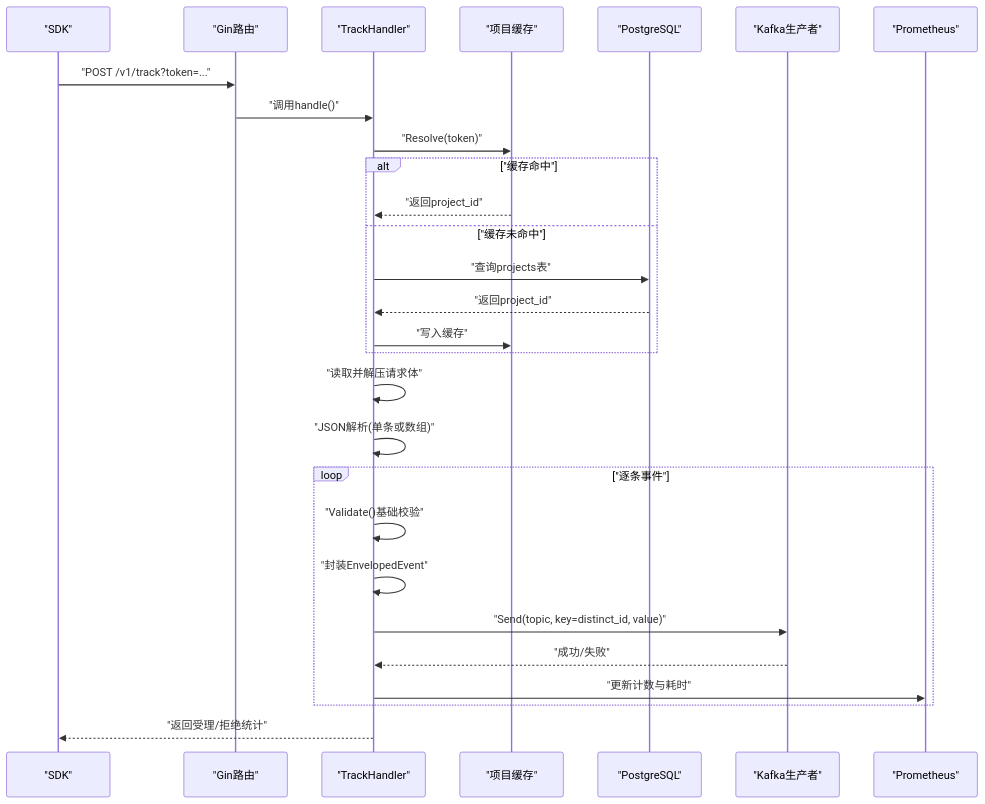
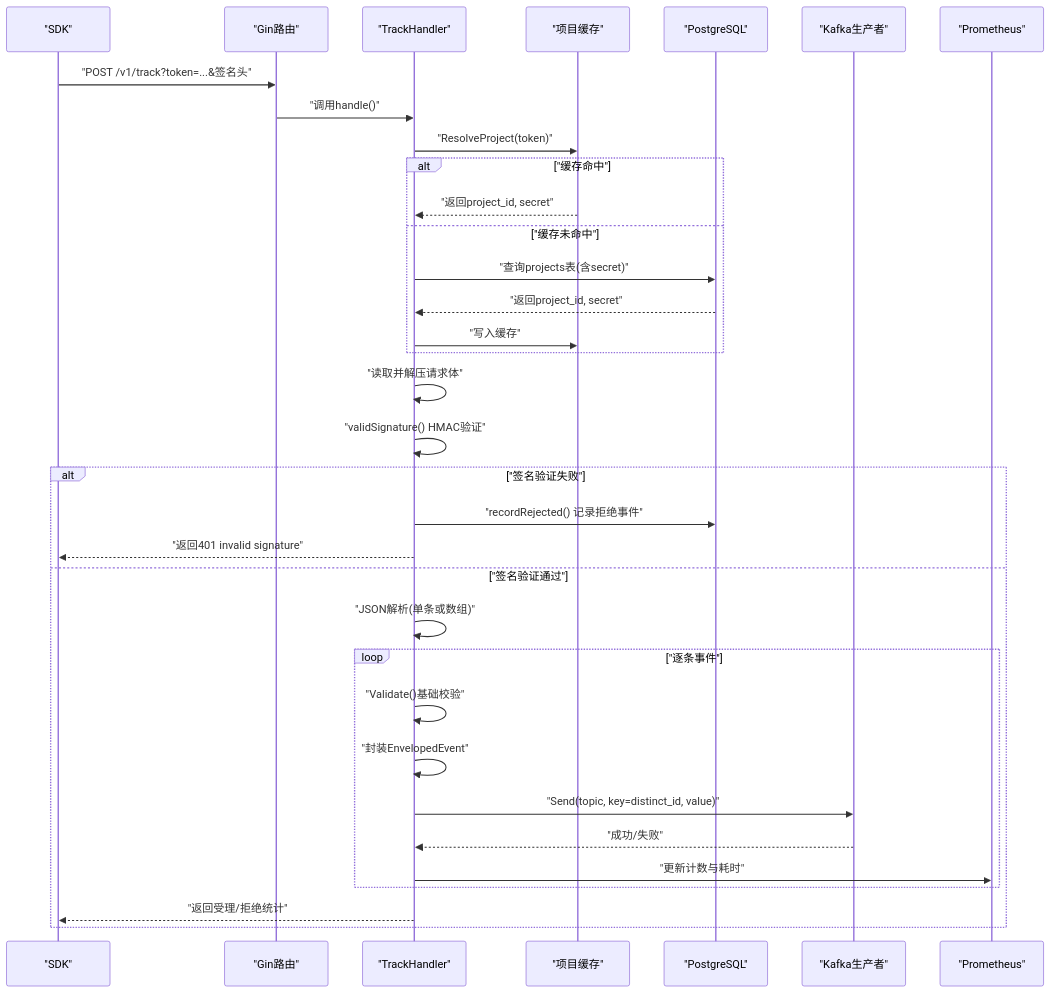
The second of 6 diagrams in .qoder/repowiki/zh/content/后端服务架构/Collector服务.md (zhen-zhong/AeroLog), drawn with Mermaid before and after one commit. The commit also changed other lines of this file and 130 other files, not shown here.

````diff
--- a/.qoder/repowiki/zh/content/后端服务架构/Collector服务.md
+++ b/.qoder/repowiki/zh/content/后端服务架构/Collector服务.md
@@ -105,30 +107,36 @@
 ```mermaid
 sequenceDiagram
 participant SDK as "SDK"
 participant Gin as "Gin路由"
 participant TH as "TrackHandler"
 participant PC as "项目缓存"
 participant PG as "PostgreSQL"
 participant MQ as "Kafka生产者"
 participant Prom as "Prometheus"
-SDK->>Gin : "POST /v1/track?token=..."
+SDK->>Gin : "POST /v1/track?token=...&签名头"
 Gin->>TH : "调用handle()"
-TH->>PC : "Resolve(token)"
+TH->>PC : "ResolveProject(token)"
 alt "缓存命中"
-PC-->>TH : "返回project_id"
+PC-->>TH : "返回project_id, secret"
 else "缓存未命中"
-TH->>PG : "查询projects表"
-PG-->>TH : "返回project_id"
+TH->>PG : "查询projects表(含secret)"
+PG-->>TH : "返回project_id, secret"
 TH->>PC : "写入缓存"
 end
 TH->>TH : "读取并解压请求体"
+TH->>TH : "validSignature() HMAC验证"
+alt "签名验证失败"
+TH->>PG : "recordRejected() 记录拒绝事件"
+TH-->>SDK : "返回401 invalid signature"
+else "签名验证通过"
 TH->>TH : "JSON解析(单条或数组)"
 loop "逐条事件"
 TH->>TH : "Validate()基础校验"
 TH->>TH : "封装EnvelopedEvent"
 TH->>MQ : "Send(topic, key=distinct_id, value)"
 MQ-->>TH : "成功/失败"
 TH->>Prom : "更新计数与耗时"
 end
 TH-->>SDK : "返回受理/拒绝统计"
+end
 ```
````
